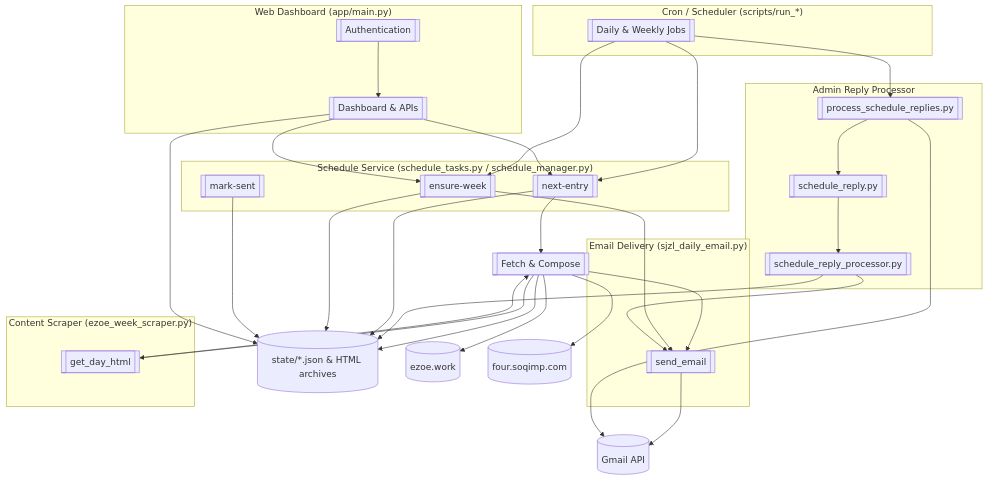
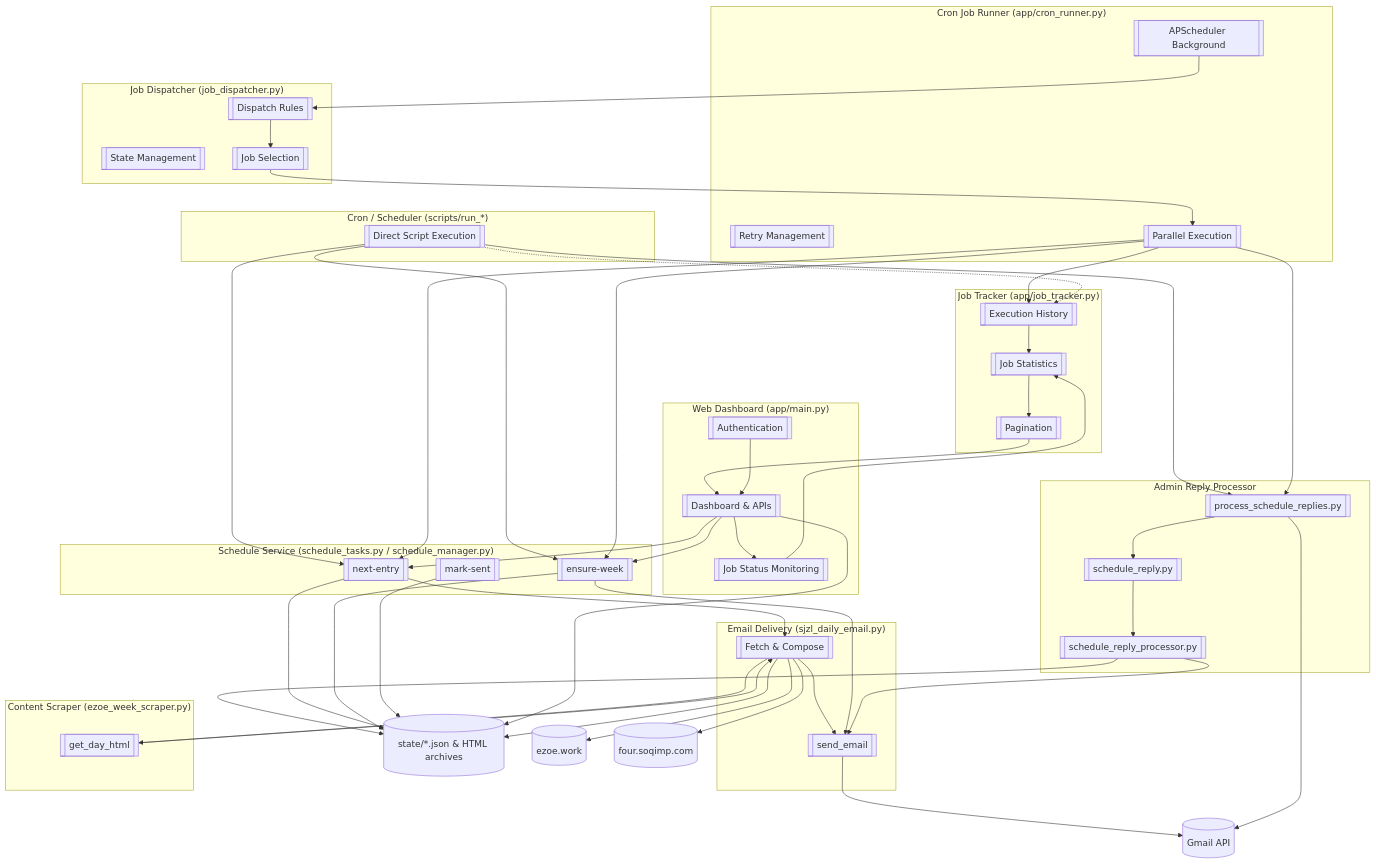
Before and after one commit to HananiahKao/daily-manna-email: the second of 3 diagrams in SYSTEM_C4.md, drawn with Mermaid. The commit also changed other lines of this file, not shown here.

````diff
--- a/SYSTEM_C4.md
+++ b/SYSTEM_C4.md
@@ -58,7 +61,25 @@
 ```mermaid
 flowchart TB
     subgraph Cron["Cron / Scheduler (scripts/run_*)"]
-        CronJob[[Daily & Weekly Jobs]]
+        DirectCron[[Direct Script Execution]]
+    end
+
+    subgraph CronRunner["Cron Job Runner (app/cron_runner.py)"]
+        APScheduler[[APScheduler Background]]
+        RetryLogic[[Retry Management]]
+        ParallelExec[[Parallel Execution]]
+    end
+
+    subgraph JobDispatcher["Job Dispatcher (job_dispatcher.py)"]
+        DispatchRules[[Dispatch Rules]]
+        StateMgmt[[State Management]]
+        JobSelection[[Job Selection]]
+    end
+
+    subgraph JobTracker["Job Tracker (app/job_tracker.py)"]
+        ExecutionHistory[[Execution History]]
+        Statistics[[Job Statistics]]
+        Pagination[[Pagination]]
     end
 
     subgraph Schedule["Schedule Service (schedule_tasks.py / schedule_manager.py)"]
@@ -85,6 +106,7 @@
     subgraph WebDash["Web Dashboard (app/main.py)"]
         DashboardAPI[[Dashboard & APIs]]
         Authenticate[[Authentication]]
+        JobMonitoring[[Job Status Monitoring]]
     end
 
     State[(state/*.json & HTML archives)]
@@ -92,15 +114,25 @@
     Ezoe[(ezoe.work)]
     Legacy[(four.soqimp.com)]
 
-    CronJob --> NextEntry
+    %% Direct cron path (scripts/run_*)
+    DirectCron --> NextEntry
+    DirectCron --> EnsureWeek
+    DirectCron --> FetchGmail
+
+    %% APScheduler path
+    APScheduler --> DispatchRules
+    DispatchRules --> JobSelection
+    JobSelection --> ParallelExec
+    ParallelExec --> NextEntry
+    ParallelExec --> EnsureWeek
+    ParallelExec --> FetchGmail
+
     NextEntry --> FetchCompose
     FetchCompose --> DayHtml
     DayHtml --> FetchCompose
     FetchCompose --> GmailClient
     GmailClient --> GmailMailbox
     EnsureWeek --> GmailClient
-    CronJob --> EnsureWeek
-    CronJob --> FetchGmail
     FetchGmail --> GmailMailbox
     FetchGmail --> ParseTokens
     ParseTokens --> ApplyInstr
@@ -112,8 +144,20 @@
     ApplyInstr --> GmailClient
     FetchCompose --> Ezoe
     FetchCompose --> Legacy
+
+    %% Job tracking
+    ParallelExec --> ExecutionHistory
+    DirectCron -.-> ExecutionHistory
+    %% Dashed line to show direct execution also tracked
+
+    ExecutionHistory --> Statistics
+    Statistics --> Pagination
+    Pagination --> DashboardAPI
+
     DashboardAPI --> State
     Authenticate --> DashboardAPI
     DashboardAPI --> NextEntry
     DashboardAPI --> EnsureWeek
+    DashboardAPI --> JobMonitoring
+    JobMonitoring --> Statistics
 ```
````
